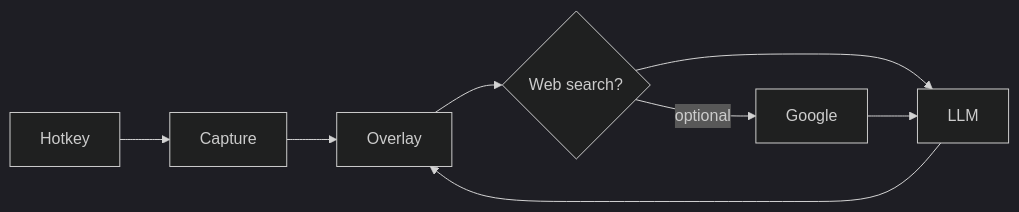
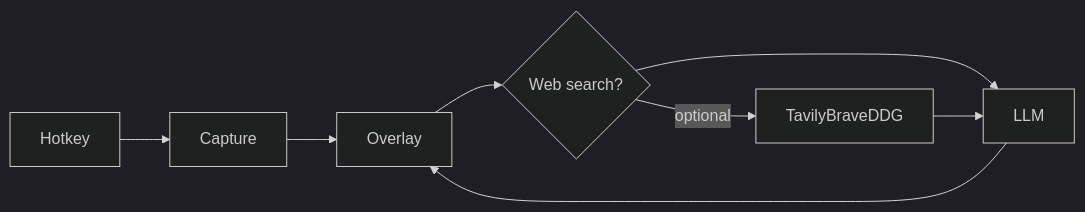
The diagram in README.md (Voltrexium/clAIre), drawn with Mermaid (dark theme) before and after one commit. The commit also changed other lines of this file and 12 other files, not shown here.

````diff
--- a/README.md
+++ b/README.md
@@ -120,10 +120,10 @@
 ```mermaid
 flowchart LR
   Hotkey --> Capture
   Capture --> Overlay
   Overlay --> Search{Web search?}
-  Search -->|optional| Google
+  Search -->|optional| TavilyBraveDDG
   Search --> LLM
-  Google --> LLM
+  TavilyBraveDDG --> LLM
   LLM --> Overlay
 ```
````
